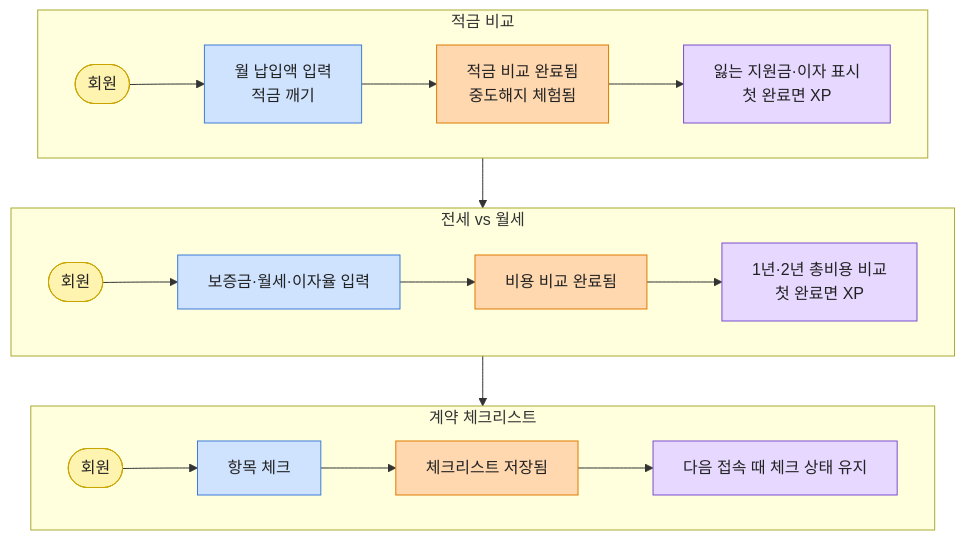
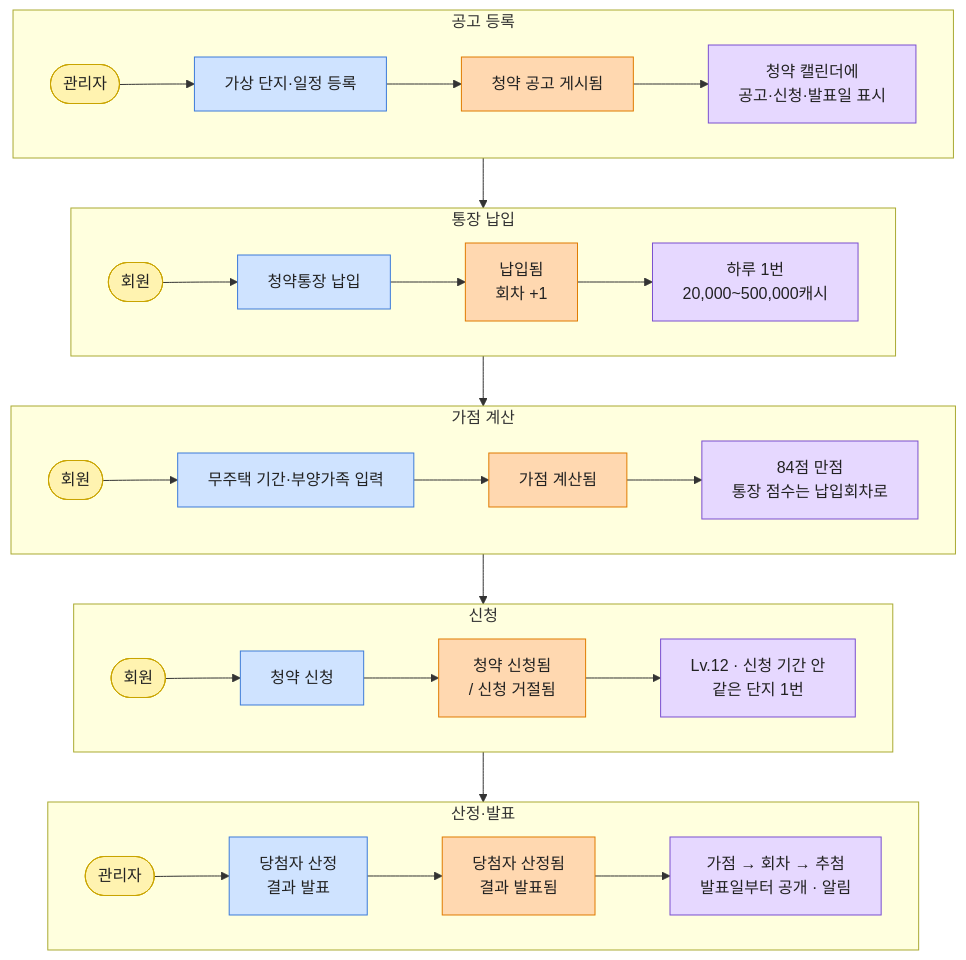
One commit to bukkeu/my-home-finish changed the seventh of 13 diagrams in docs/MoneyBeetle_업무분석.md. Above: the diagram before and after it, drawn with Mermaid. The commit also changed other lines of this file, not shown here.

````diff
--- a/docs/MoneyBeetle_업무분석.md
+++ b/docs/MoneyBeetle_업무분석.md
@@ -418,20 +376,28 @@
 ```mermaid
 flowchart TB
-    subgraph S1["적금 비교"]
+    subgraph S1["공고 등록"]
         direction LR
-        a1(["회원"]):::act --> c1["월 납입액 입력<br/>적금 깨기"]:::cmd --> e1["적금 비교 완료됨<br/>중도해지 체험됨"]:::evt --> p1["잃는 지원금·이자 표시<br/>첫 완료면 XP"]:::pol
+        a1(["관리자"]):::act --> c1["가상 단지·일정 등록"]:::cmd --> e1["청약 공고 게시됨"]:::evt --> p1["청약 캘린더에<br/>공고·신청·발표일 표시"]:::pol
     end
-    subgraph S2["전세 vs 월세"]
+    subgraph S2["통장 납입"]
         direction LR
-        a2(["회원"]):::act --> c2["보증금·월세·이자율 입력"]:::cmd --> e2["비용 비교 완료됨"]:::evt --> p2["1년·2년 총비용 비교<br/>첫 완료면 XP"]:::pol
+        a2(["회원"]):::act --> c2["청약통장 납입"]:::cmd --> e2["납입됨<br/>회차 +1"]:::evt --> p2["하루 1번<br/>20,000~500,000캐시"]:::pol
     end
-    subgraph S3["계약 체크리스트"]
+    subgraph S3["가점 계산"]
         direction LR
-        a3(["회원"]):::act --> c3["항목 체크"]:::cmd --> e3["체크리스트 저장됨"]:::evt --> p3["다음 접속 때 체크 상태 유지"]:::pol
+        a3(["회원"]):::act --> c3["무주택 기간·부양가족 입력"]:::cmd --> e3["가점 계산됨"]:::evt --> p3["84점 만점<br/>통장 점수는 납입회차로"]:::pol
     end
-    S1 --> S2 --> S3
+    subgraph S4["신청"]
+        direction LR
+        a4(["회원"]):::act --> c4["청약 신청"]:::cmd --> e4["청약 신청됨<br/>/ 신청 거절됨"]:::evt --> p4["Lv.12 · 신청 기간 안<br/>같은 단지 1번"]:::pol
+    end
+    subgraph S5["산정·발표"]
+        direction LR
+        a5(["관리자"]):::act --> c5["당첨자 산정<br/>결과 발표"]:::cmd --> e5["당첨자 산정됨<br/>결과 발표됨"]:::evt --> p5["가점 → 회차 → 추첨<br/>발표일부터 공개 · 알림"]:::pol
+    end
+    S1 --> S2 --> S3 --> S4 --> S5
     classDef act fill:#FFF3B0,stroke:#C9A400,color:#222
     classDef cmd fill:#CFE3FF,stroke:#3D7BD9,color:#222
     classDef evt fill:#FFD8B0,stroke:#E07B00,color:#222
     classDef pol fill:#E6D8FF,stroke:#7A4FD0,color:#222
 ```
````
